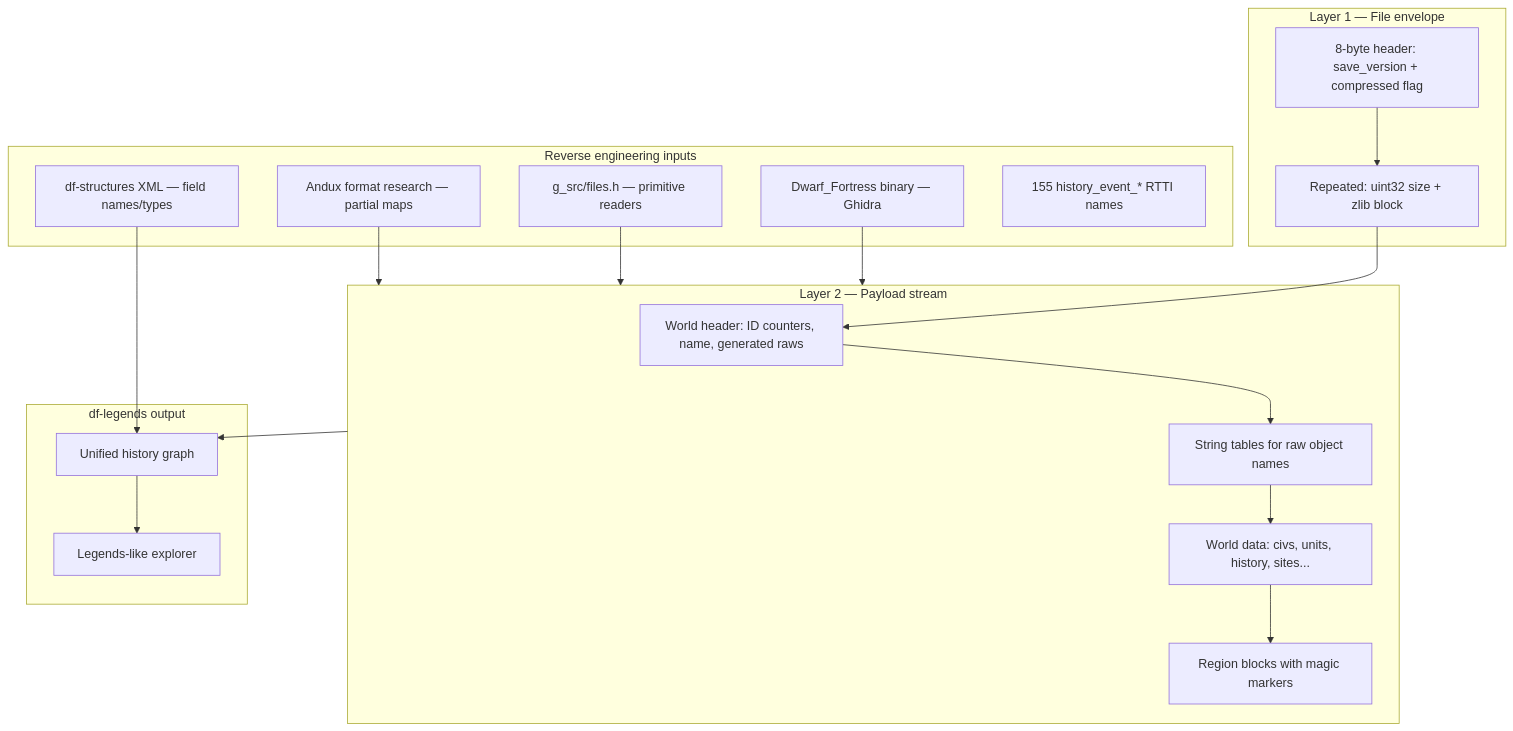
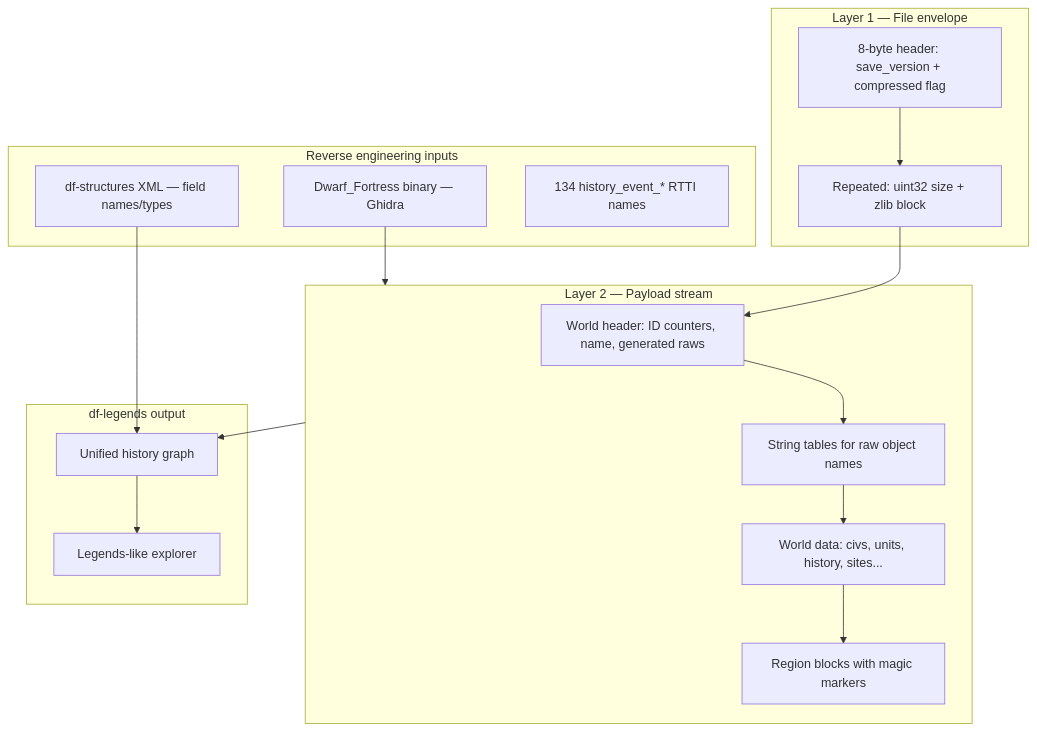
Before and after one commit to rm-you/df-legends: the diagram in docs/path-c-save-reverse-engineering.md, drawn with Mermaid. The commit also changed other lines of this file and 11 other files, not shown here.

````diff
--- a/docs/path-c-save-reverse-engineering.md
+++ b/docs/path-c-save-reverse-engineering.md
@@ -38,34 +39,30 @@
 ```mermaid
 flowchart TB
     subgraph layer1 [Layer 1 — File envelope]
         HDR[8-byte header: save_version + compressed flag]
         ZLIB[Repeated: uint32 size + zlib block]
     end
 
     subgraph layer2 [Layer 2 — Payload stream]
         WH[World header: ID counters, name, generated raws]
         ST[String tables for raw object names]
         WD[World data: civs, units, history, sites...]
         RB[Region blocks with magic markers]
     end
 
     subgraph re [Reverse engineering inputs]
         BIN[Dwarf_Fortress binary — Ghidra]
-        GSRC[g_src/files.h — primitive readers]
-        ANDUX[Andux format research — partial maps]
         DFST[df-structures XML — field names/types]
-        RTTI[155 history_event_* RTTI names]
+        RTTI[134 history_event_* RTTI names]
     end
 
     subgraph output [df-legends output]
         MODEL[Unified history graph]
         UI[Legends-like explorer]
     end
 
     HDR --> ZLIB --> WH --> ST --> WD --> RB
     BIN --> layer2
-    GSRC --> layer2
-    ANDUX --> layer2
     DFST --> MODEL
     layer2 --> MODEL --> UI
 ```
````
